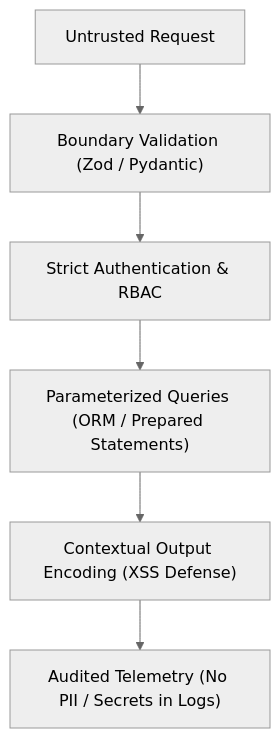
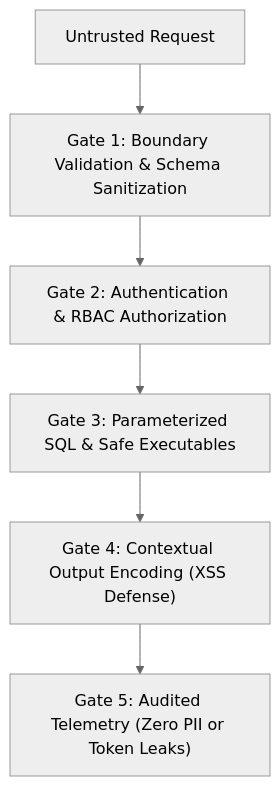
Before and after one commit to darknecrocities/SkillBuilder: the diagram in skills/security/SKILL.md, drawn with Mermaid (neutral theme). The commit also changed other lines of this file and 3 other files, not shown here.

````diff
--- a/skills/security/SKILL.md
+++ b/skills/security/SKILL.md
@@ -16,8 +16,8 @@
 ```mermaid
 flowchart TD
-    A["Untrusted Request"] --> B["Boundary Validation (Zod / Pydantic)"]
-    B --> C["Strict Authentication & RBAC"]
-    C --> D["Parameterized Queries (ORM / Prepared Statements)"]
-    D --> E["Contextual Output Encoding (XSS Defense)"]
-    E --> F["Audited Telemetry (No PII / Secrets in Logs)"]
+    A["Untrusted Request"] --> B["Gate 1: Boundary Validation & Schema Sanitization"]
+    B --> C["Gate 2: Authentication & RBAC Authorization"]
+    C --> D["Gate 3: Parameterized SQL & Safe Executables"]
+    D --> E["Gate 4: Contextual Output Encoding (XSS Defense)"]
+    E --> F["Gate 5: Audited Telemetry (Zero PII or Token Leaks)"]
 ```
````
